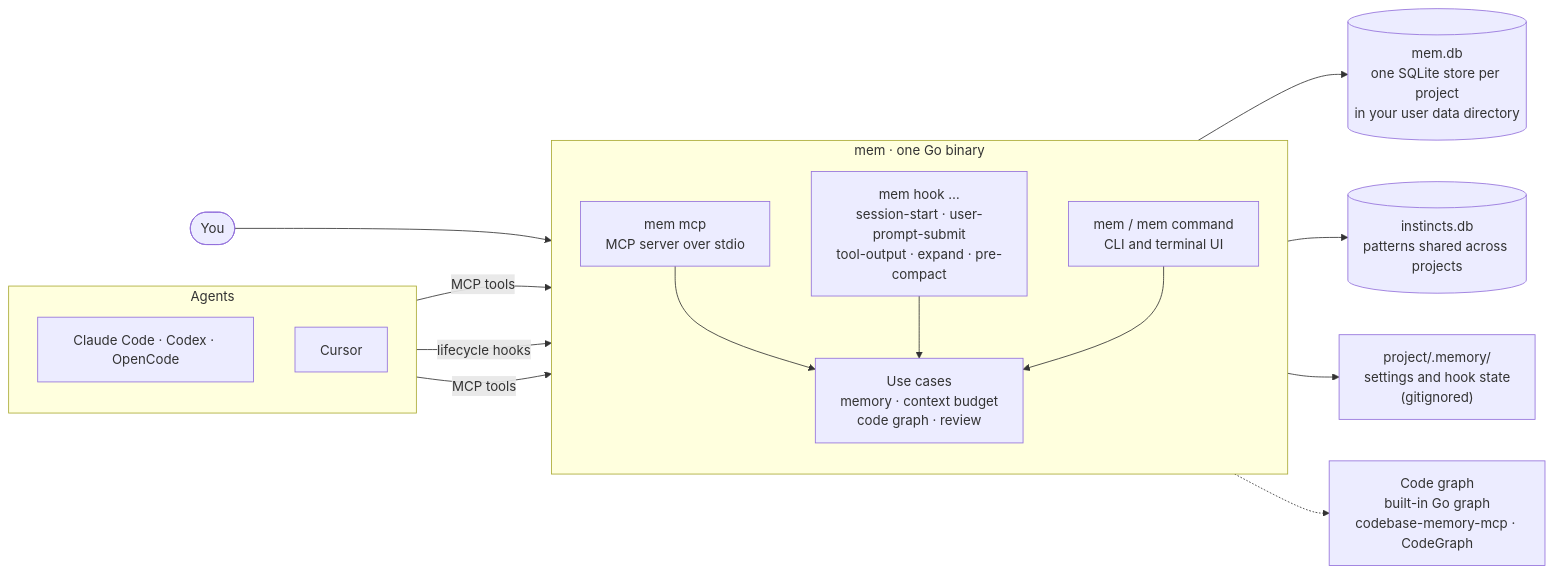
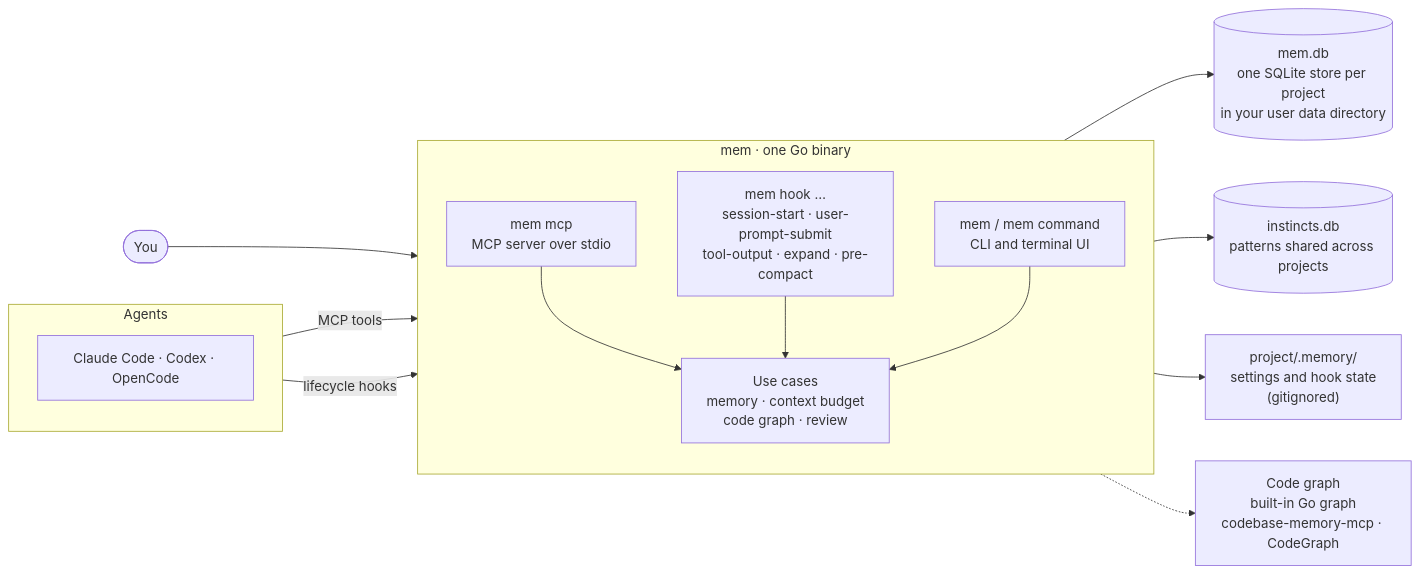
One commit to Sayoner-000/gomemory changed the diagram in README.md. Above: the diagram before and after it, drawn with Mermaid. The commit also changed other lines of this file and 11 other files, not shown here.

````diff
--- a/README.md
+++ b/README.md
@@ -82,29 +82,27 @@
 ```mermaid
 flowchart LR
     subgraph agents [Agents]
         direction TB
         hooked["Claude Code · Codex · OpenCode"]
-        cursor["Cursor"]
     end
 
     subgraph mem [mem · one Go binary]
         direction TB
         mcp["mem mcp<br/>MCP server over stdio"]
         hook["mem hook …<br/>session-start · user-prompt-submit<br/>tool-output · expand · pre-compact"]
         cli["mem / mem command<br/>CLI and terminal UI"]
         core["Use cases<br/>memory · context budget<br/>code graph · review"]
         mcp --> core
         hook --> core
         cli --> core
     end
 
     hooked -- "MCP tools" --> mcp
     hooked -- "lifecycle hooks" --> hook
-    cursor -- "MCP tools" --> mcp
     you(["You"]) --> cli
 
     core --> db[("mem.db<br/>one SQLite store per project<br/>in your user data directory")]
     core --> instincts[("instincts.db<br/>patterns shared across projects")]
     core --> local["project/.memory/<br/>settings and hook state<br/>(gitignored)"]
     core -.-> codegraph["Code graph<br/>built-in Go graph<br/>codebase-memory-mcp · CodeGraph"]
 ```
````
